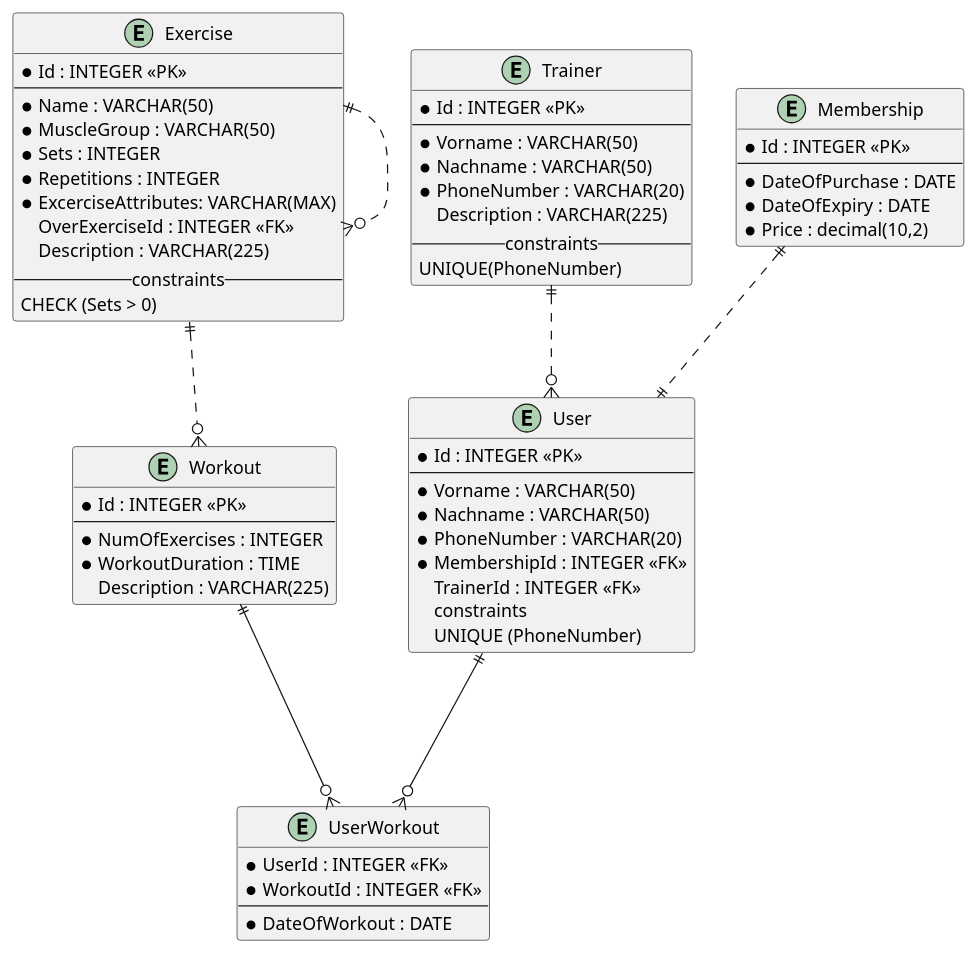
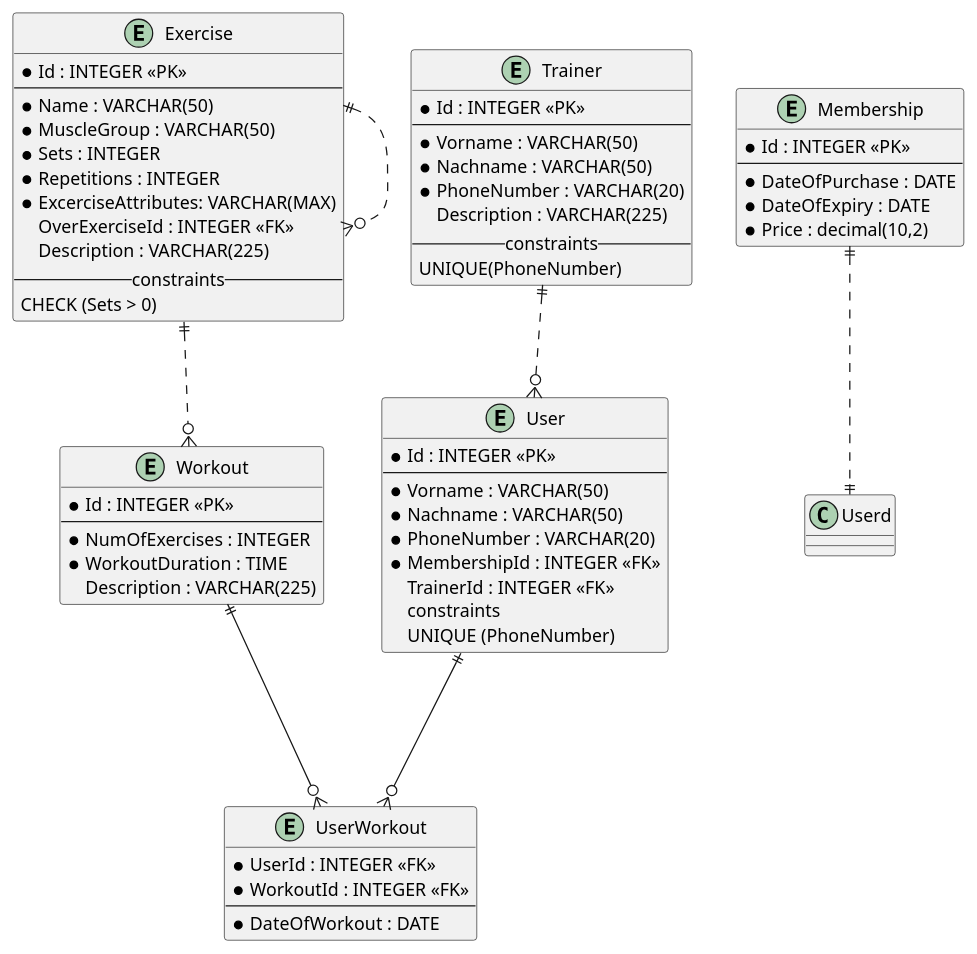
Before and after one commit to PeterMalinowski/FitnessModell: the diagram in Sommersemester/er_physical.puml, drawn with PlantUML.

Commit message:
Rekursive Beziehung SQL

```diff
--- a/Sommersemester/er_physical.puml
+++ b/Sommersemester/er_physical.puml
@@ -1,71 +1,71 @@
 @startuml er_physical
 
 
 entity User{
     *Id : INTEGER <<PK>>
     ---
     *Vorname : VARCHAR(50)
     *Nachname : VARCHAR(50)
     *PhoneNumber : VARCHAR(20)
     *MembershipId : INTEGER <<FK>>
     TrainerId : INTEGER <<FK>>
     --constraints-- 
     UNIQUE (PhoneNumber)
 }
 
 entity Workout{
     *Id : INTEGER <<PK>>
     ---
     *NumOfExercises : INTEGER
     *WorkoutDuration : TIME
     Description : VARCHAR(225)
 }
 
 entity Exercise{
     *Id : INTEGER <<PK>>
     ---
     *Name : VARCHAR(50)
     *MuscleGroup : VARCHAR(50)
     *Sets : INTEGER
     *Repetitions : INTEGER
     *ExcerciseAttributes: VARCHAR(MAX)
     OverExerciseId : INTEGER <<FK>>
     Description : VARCHAR(225)
     --constraints--
     CHECK (Sets > 0)
 }
 
 entity Trainer{
     *Id : INTEGER <<PK>>
     ---
     *Vorname : VARCHAR(50)
     *Nachname : VARCHAR(50)
     *PhoneNumber : VARCHAR(20)
     Description : VARCHAR(225)
     --constraints--
     UNIQUE(PhoneNumber)
 }
 
 entity Membership{
     *Id : INTEGER <<PK>>
     ---
     *DateOfPurchase : DATE
     *DateOfExpiry : DATE
     *Price : decimal(10,2)
 }
 
 entity UserWorkout{
     *UserId : INTEGER <<FK>>
     *WorkoutId : INTEGER <<FK>>
     ---
     *DateOfWorkout : DATE
 }
 
 User ||---o{ UserWorkout
 Workout ||---o{ UserWorkout
 Exercise ||..o{ Workout
 Trainer ||..o{ User
-Membership ||..|| User
+Membership ||..|| Userd
 Exercise ||..o{ Exercise
 
 @enduml
```
